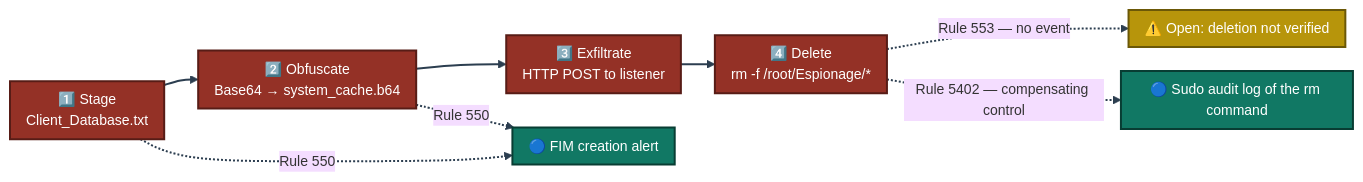
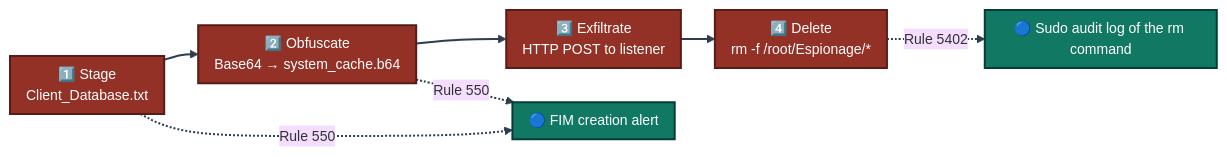
One commit to malaika-azhar/Cybersecurity-Lab-Projects changed the first of 3 diagrams in 3-Advanced-Cyber-Projects/project-13-soc-redvsblue-capstone/README.md. Above: the diagram before and after it, drawn with Mermaid. The commit also changed other lines of this file, not shown here.

````diff
--- a/3-Advanced-Cyber-Projects/project-13-soc-redvsblue-capstone/README.md
+++ b/3-Advanced-Cyber-Projects/project-13-soc-redvsblue-capstone/README.md
@@ -98,15 +97,13 @@
 ```mermaid
 %%{init: {'theme': 'base', 'themeVariables': {'fontSize': '14px'}, 'flowchart': {'nodeSpacing': 24, 'rankSpacing': 34, 'padding': 8}}}%%
 flowchart LR
     S["1️⃣ Stage<br/>Client_Database.txt"]:::red --> O["2️⃣ Obfuscate<br/>Base64 → system_cache.b64"]:::red
     O --> E["3️⃣ Exfiltrate<br/>HTTP POST to listener"]:::red
     E --> D["4️⃣ Delete<br/>rm -f /root/Espionage/*"]:::red
     S -.->|Rule 550| F1["🔵 FIM creation alert"]:::blue
     O -.->|Rule 550| F1
-    D -.->|Rule 553 — no event| G["⚠️ Open: deletion not verified"]:::gap
-    D -.->|Rule 5402 — compensating control| F2["🔵 Sudo audit log of the rm command"]:::blue
+    D -.->|Rule 5402| F2["🔵 Sudo audit log of the rm command"]:::blue
     classDef red fill:#943126,stroke:#571C16,stroke-width:2px,color:#FFFFFF
     classDef blue fill:#117864,stroke:#083D33,stroke-width:2px,color:#FFFFFF
-    classDef gap fill:#B7950B,stroke:#6B5807,stroke-width:2px,color:#FFFFFF
     linkStyle default stroke:#2C3E50,stroke-width:2px
 ```
````
